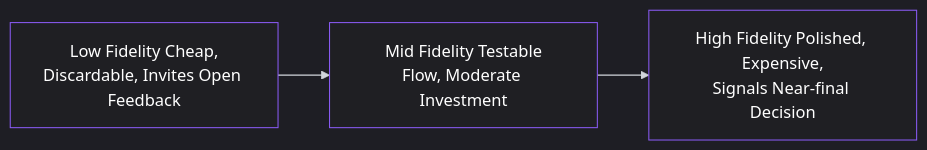
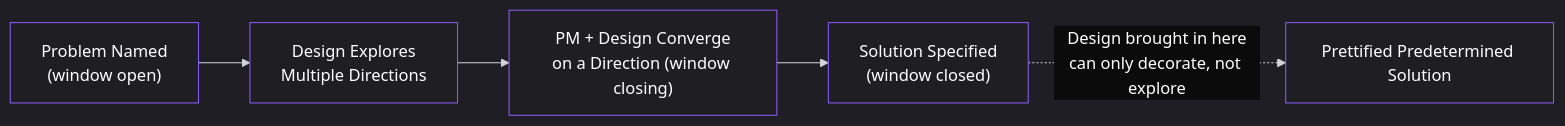
One commit to pmacademy-app/web changed the third of 3 diagrams in content/lessons/lesson-038.md. Above: the diagram before and after it, drawn with Mermaid. The commit also changed other lines of this file and 54 other files, not shown here.

````diff
--- a/content/lessons/lesson-038.md
+++ b/content/lessons/lesson-038.md
@@ -176,35 +176,37 @@
 ```mermaid
 %%{init: {
   "theme": "dark",
   "themeVariables": {
     "background": "#0b0b0c",
     "primaryColor": "#1f1f23",
     "primaryTextColor": "#ffffff",
     "primaryBorderColor": "#8b5cf6",
     "lineColor": "#d1d5db",
     "secondaryColor": "#18181b",
     "tertiaryColor": "#111111",
     "mainBkg": "#1f1f23",
     "nodeBorder": "#8b5cf6",
     "clusterBkg": "#000000",
     "clusterBorder": "#27272a",
     "titleColor": "#ffffff",
     "edgeLabelBackground": "#0b0b0c",
     "nodeTextColor": "#ffffff",
     "edgeLabelColor": "#ffffff",
     "actorBorder": "#8b5cf6",
     "actorBkg": "#1f1f23",
     "actorTextColor": "#ffffff",
     "sequenceNumberColor": "#ffffff",
     "signalColor": "#8b5cf6",
     "signalTextColor": "#ffffff",
     "textColor": "#ffffff",
     "classText": "#ffffff",
     "classBorder": "#8b5cf6",
     "classBkg": "#1f1f23"
   }
 }}%%
 graph LR
-    A["Low Fidelity Cheap,<br/>Discardable, Invites Open Feedback"] --> B["Mid Fidelity Testable<br/>Flow, Moderate Investment"]
-    B --> C["High Fidelity Polished, Expensive,<br/>Signals Near-final Decision"]
+    A["Problem Named<br/>(window open)"] --> B["Design Explores<br/>Multiple Directions"]
+    B --> C["PM + Design Converge<br/>on a Direction (window closing)"]
+    C --> D["Solution Specified<br/>(window closed)"]
+    D -.->|"Design brought in here<br/>can only decorate, not explore"| E["Prettified Predetermined Solution"]
 ```
````
